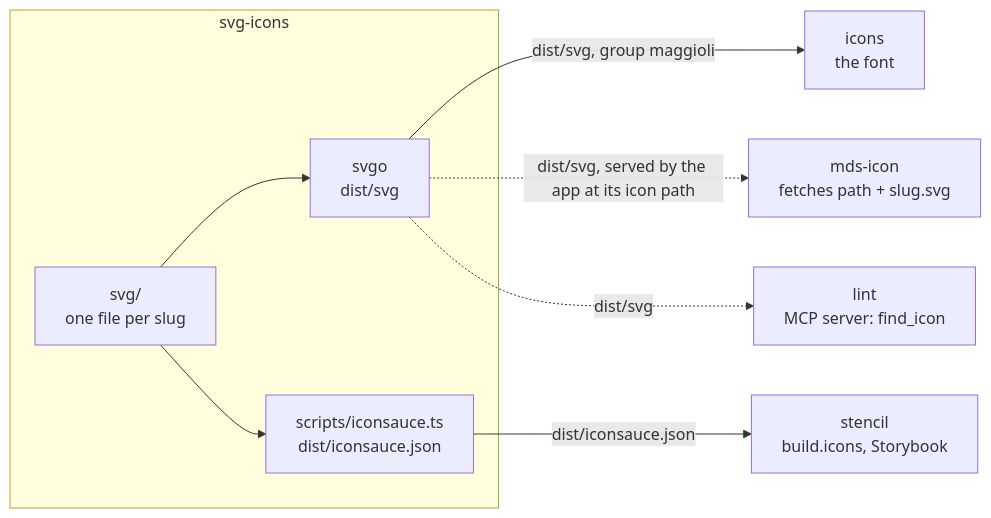
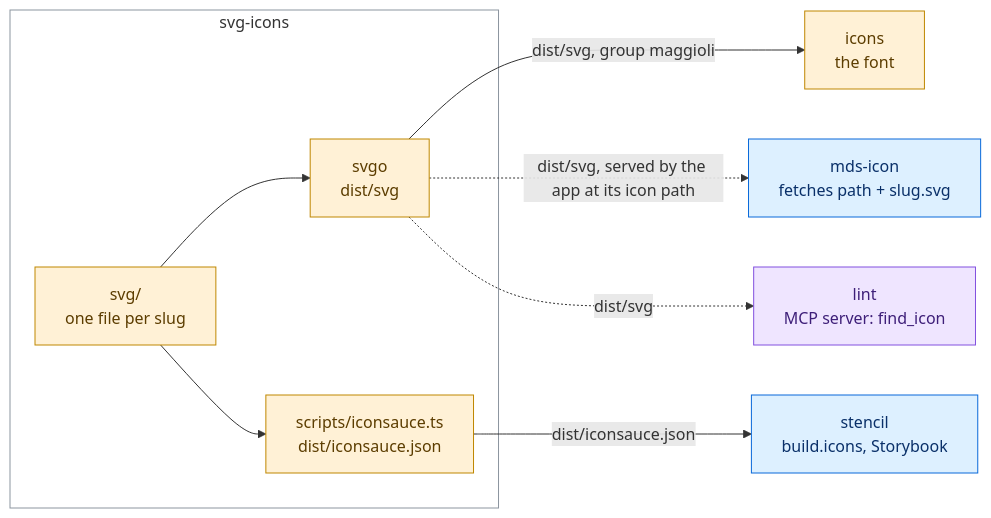
Before and after one commit to magma-design-system/magma: the diagram in projects/svg-icons/README.md, drawn with Mermaid. The commit also changed other lines of this file and 11 other files, not shown here.

First line of the commit message:
docs(magma): colour the diagrams of the projects by axis

````diff
--- a/projects/svg-icons/README.md
+++ b/projects/svg-icons/README.md
@@ -15,14 +15,25 @@
 ```mermaid
 flowchart LR
   subgraph si["svg-icons"]
     SRC["svg/<br/>one file per slug"]
     SVGO["svgo<br/>dist/svg"]
     DICT["scripts/iconsauce.ts<br/>dist/iconsauce.json"]
     SRC --> SVGO
     SRC --> DICT
   end
   SVGO -->|"dist/svg, group maggioli"| IC["icons<br/>the font"]
   DICT -->|"dist/iconsauce.json"| WC["stencil<br/>build.icons, Storybook"]
   SVGO -.->|"dist/svg, served by the app at its icon path"| ICON["mds-icon<br/>fetches path + slug.svg"]
   SVGO -.->|"dist/svg"| MCP["lint<br/>MCP server: find_icon"]
+  class MCP ai
+  class SRC,SVGO,DICT,IC assets
+  class WC,ICON components
+  class si area
+  classDef ai fill:#efe5ff,stroke:#8250df,color:#3e1f79
+  classDef assets fill:#fff1d6,stroke:#bf8700,color:#5c3d00
+  classDef visual fill:#dcf5ec,stroke:#1a7f64,color:#0b4a3a
+  classDef components fill:#ddf0ff,stroke:#0969da,color:#0a3069
+  classDef tooling fill:#eceff3,stroke:#57606a,color:#24292f
+  classDef outside fill:#ffffff,stroke:#8c959f,color:#24292f
+  classDef area fill:none,stroke:#8c959f
 ```
````
